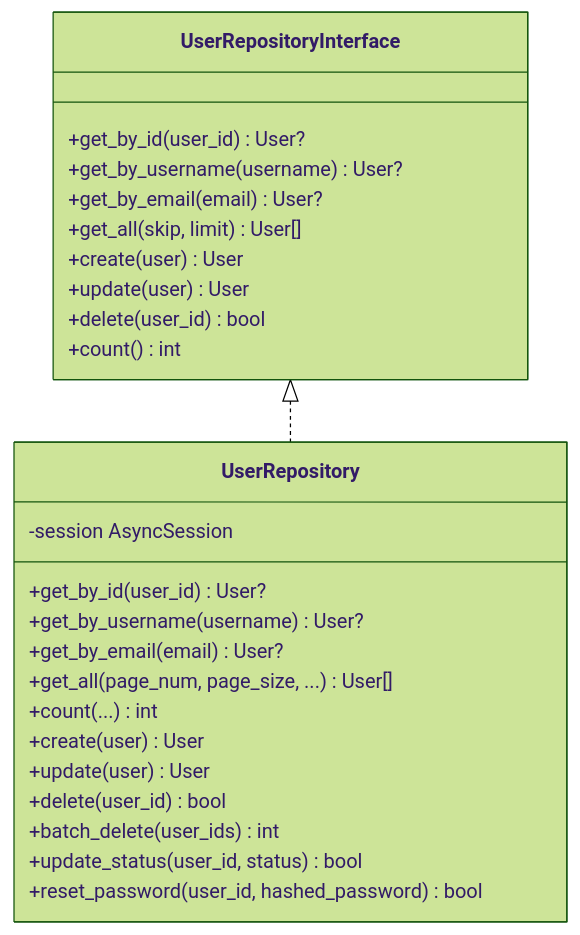
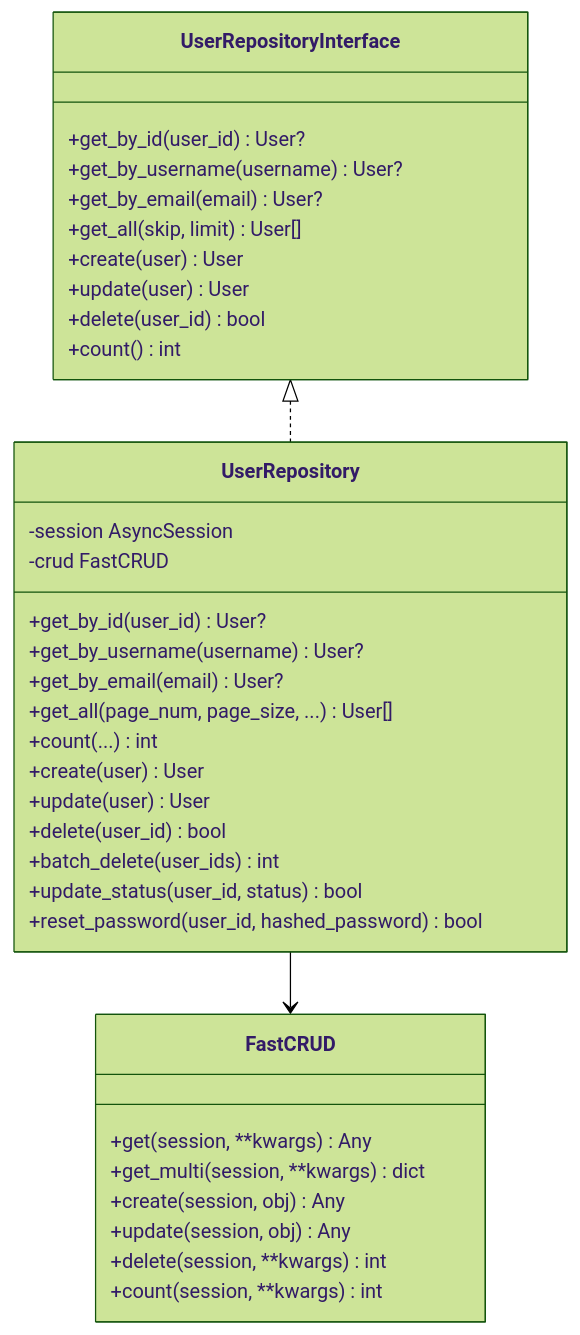
One commit to taoweidong/Hello-FastApi changed the third of 5 diagrams in .qoder/repowiki/zh/content/用户管理系统/用户仓储层.md. Above: the diagram before and after it, drawn with Mermaid (forest theme). The commit also changed other lines of this file and 61 other files, not shown here.

````diff
--- a/.qoder/repowiki/zh/content/用户管理系统/用户仓储层.md
+++ b/.qoder/repowiki/zh/content/用户管理系统/用户仓储层.md
@@ -196,28 +212,38 @@
 ```mermaid
 classDiagram
 class UserRepositoryInterface {
 +get_by_id(user_id) User?
 +get_by_username(username) User?
 +get_by_email(email) User?
 +get_all(skip, limit) User[]
 +create(user) User
 +update(user) User
 +delete(user_id) bool
 +count() int
 }
 class UserRepository {
 -session AsyncSession
+-crud FastCRUD
 +get_by_id(user_id) User?
 +get_by_username(username) User?
 +get_by_email(email) User?
 +get_all(page_num, page_size, ...) User[]
 +count(...) int
 +create(user) User
 +update(user) User
 +delete(user_id) bool
 +batch_delete(user_ids) int
 +update_status(user_id, status) bool
 +reset_password(user_id, hashed_password) bool
 }
+class FastCRUD {
++get(session, **kwargs) Any
++get_multi(session, **kwargs) dict
++create(session, obj) Any
++update(session, obj) Any
++delete(session, **kwargs) int
++count(session, **kwargs) int
+}
 UserRepositoryInterface <|.. UserRepository
+UserRepository --> FastCRUD
 ```
````
